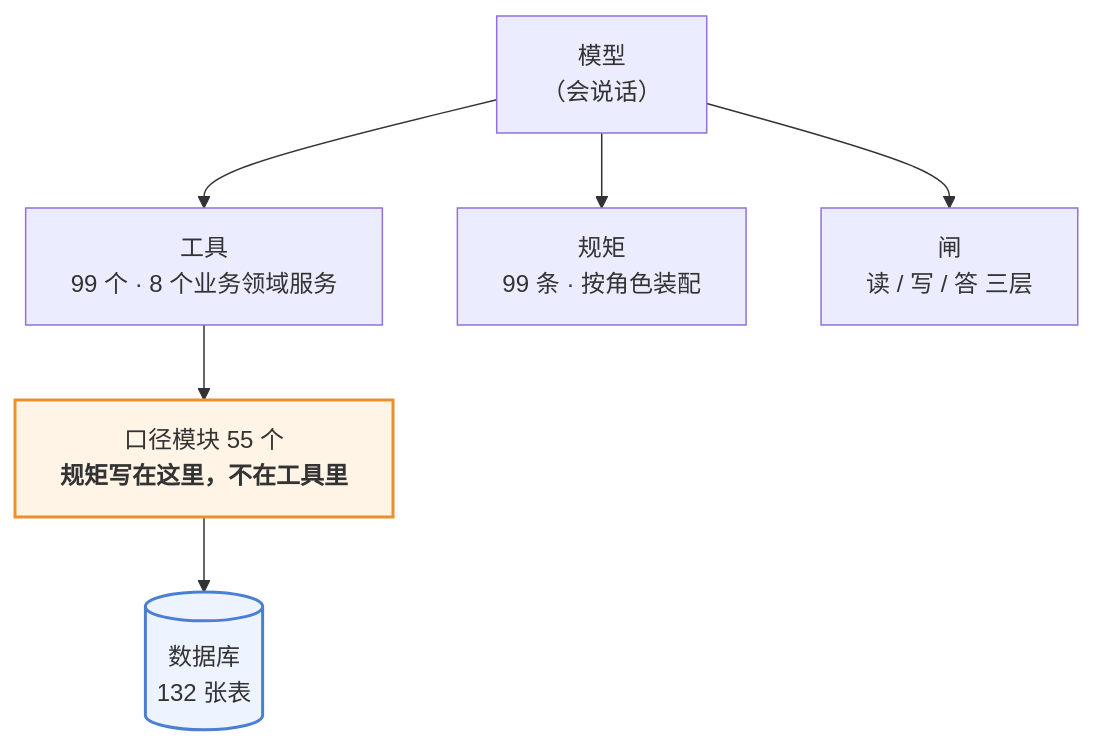
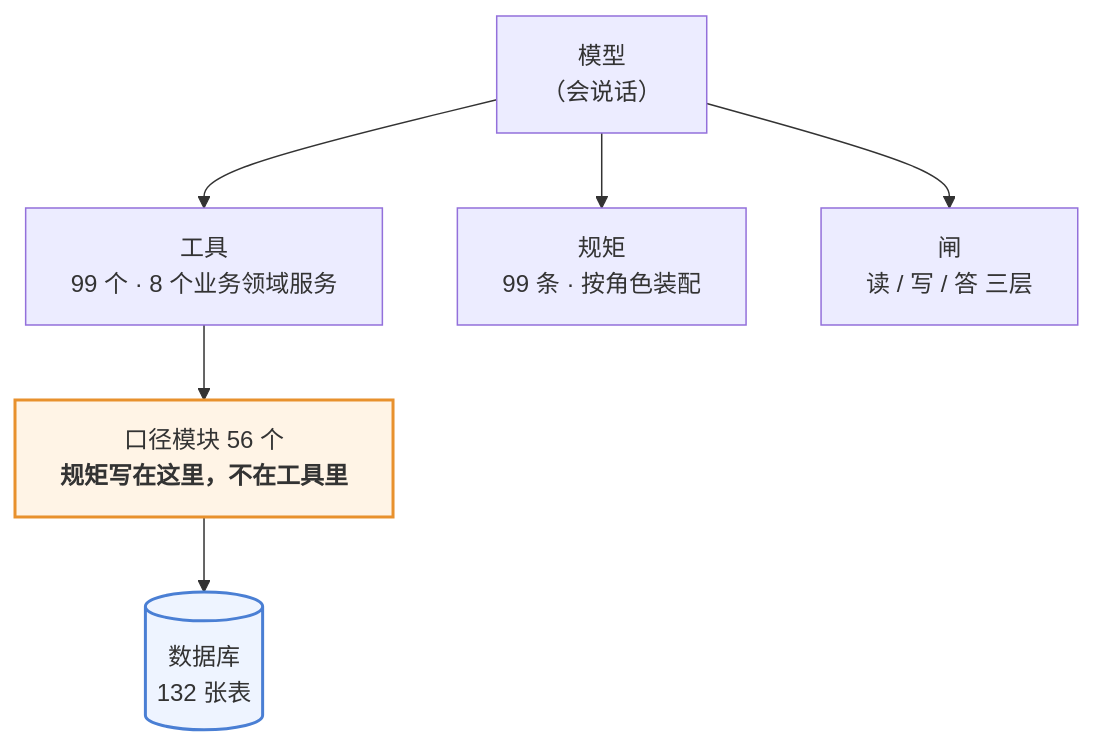
The first of 3 diagrams in 澜绣云裳agent-产品说明.md (843773296-rgb/lanxiu-yunshang-agent), drawn with Mermaid before and after one commit. The commit also changed other lines of this file and 13 other files, not shown here.

````diff
--- a/澜绣云裳agent-产品说明.md
+++ b/澜绣云裳agent-产品说明.md
@@ -62,12 +62,12 @@
 ```mermaid
 flowchart TD
     M["模型<br/>（会说话）"]
     M --> T["工具<br/>99 个 · 8 个业务领域服务"]
     M --> R["规矩<br/>99 条 · 按角色装配"]
     M --> G["闸<br/>读 / 写 / 答 三层"]
-    T --> K["口径模块 55 个<br/><b>规矩写在这里，不在工具里</b>"]
+    T --> K["口径模块 56 个<br/><b>规矩写在这里，不在工具里</b>"]
     K --> DB[("数据库<br/>132 张表")]
 
     style K fill:#fff4e6,stroke:#e8912d,stroke-width:2px
     style DB fill:#eef4ff,stroke:#4a7fd4,stroke-width:2px
 ```
````
